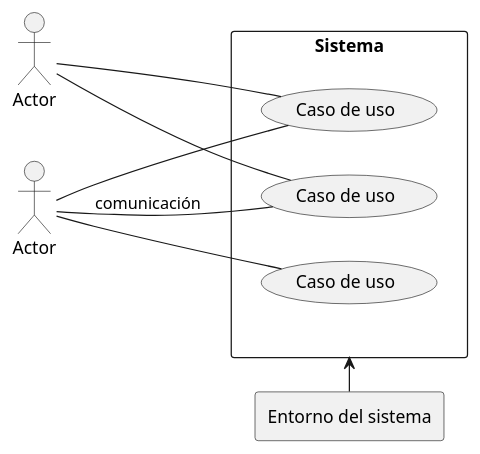
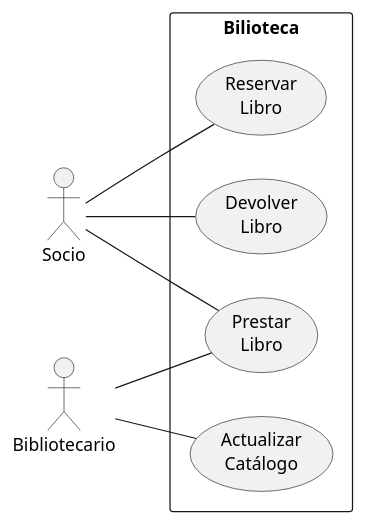
Before and after one commit to preguntitas/PlanUml2: the diagram in src/diagrama de casos de uso.puml, drawn with PlantUML.

Commit message:
Diagrama 2

```diff
--- a/src/diagrama de casos de uso.puml
+++ b/src/diagrama de casos de uso.puml
@@ -1,19 +1,17 @@
 @startuml
-:Actor: as actor1
-:Actor: as actor2
-rectangle Sistema as sistema {
-(Caso de uso) as caso1
-(Caso de uso) as caso2
-(Caso de uso) as caso3
+:Socio: as socio
+:Bibliotecario: as bibliotecario
+rectangle Bilioteca as biblioteca {
+(Reservar\nLibro) as reservar
+(Prestar\nLibro) as prestar
+(Devolver\nLibro) as devolver
+(Actualizar\nCatálogo) as actualizar
 }
-rectangle "Entorno del sistema" as entorno
 
 left to right direction
-actor1 -- caso1
-actor1 -- caso2
-actor1 -- caso3 : comunicación
-actor2 -- caso1
-actor2 -- caso3
-entorno -> sistema
-
+socio -- reservar
+socio -- prestar
+socio -- devolver
+bibliotecario -- actualizar
+bibliotecario -- prestar
 @enduml
```
